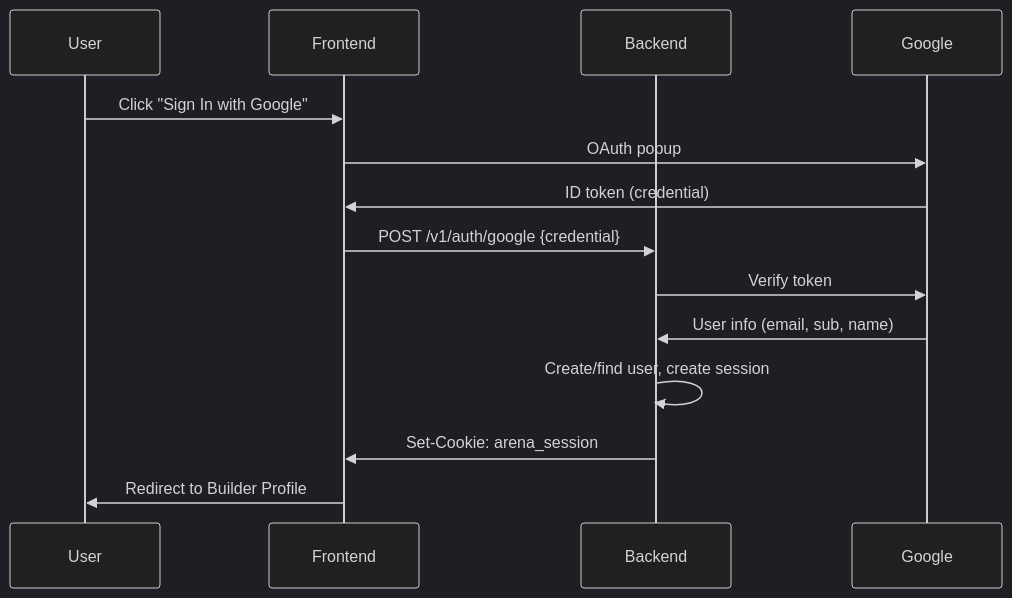
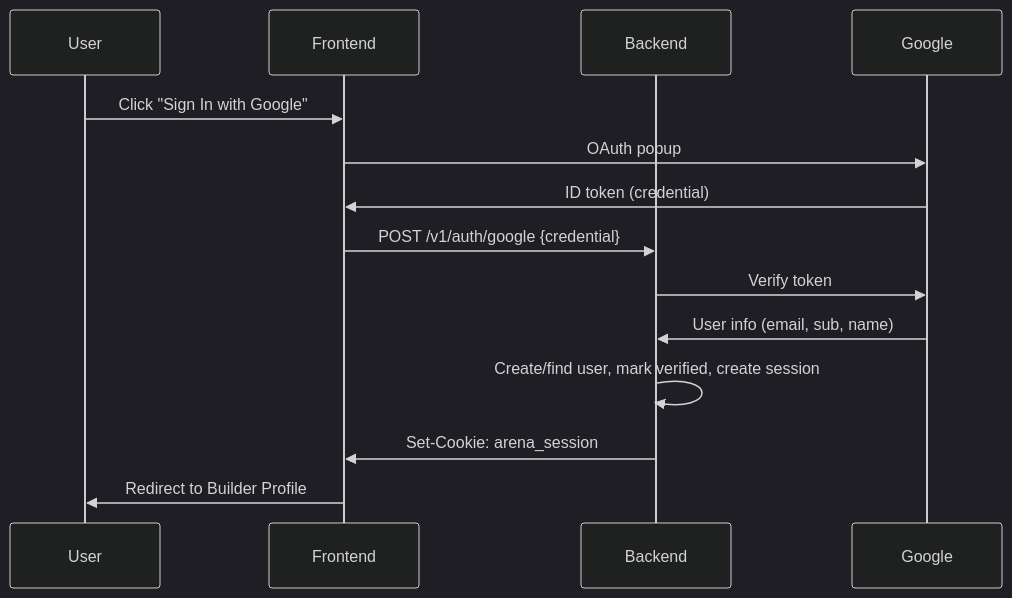
The first of 4 diagrams in docs/stage3-spec.md (antoniczapski/pcg-arena), drawn with Mermaid (dark theme) before and after one commit. The commit also changed other lines of this file and 2 other files, not shown here.

````diff
--- a/docs/stage3-spec.md
+++ b/docs/stage3-spec.md
@@ -64,17 +93,17 @@
 ```mermaid
 sequenceDiagram
     participant User
     participant Frontend
     participant Backend
     participant Google
 
     User->>Frontend: Click "Sign In with Google"
     Frontend->>Google: OAuth popup
     Google->>Frontend: ID token (credential)
     Frontend->>Backend: POST /v1/auth/google {credential}
     Backend->>Google: Verify token
     Google->>Backend: User info (email, sub, name)
-    Backend->>Backend: Create/find user, create session
+    Backend->>Backend: Create/find user, mark verified, create session
     Backend->>Frontend: Set-Cookie: arena_session
     Frontend->>User: Redirect to Builder Profile
 ```
````
